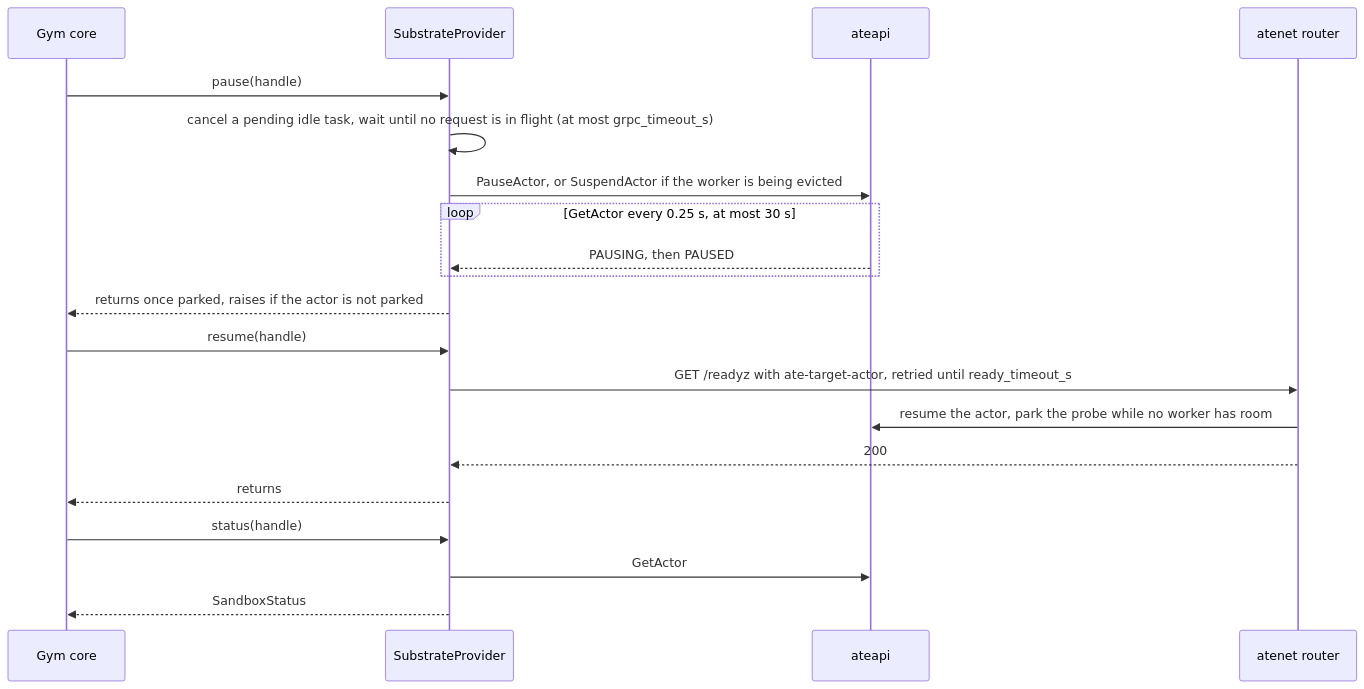
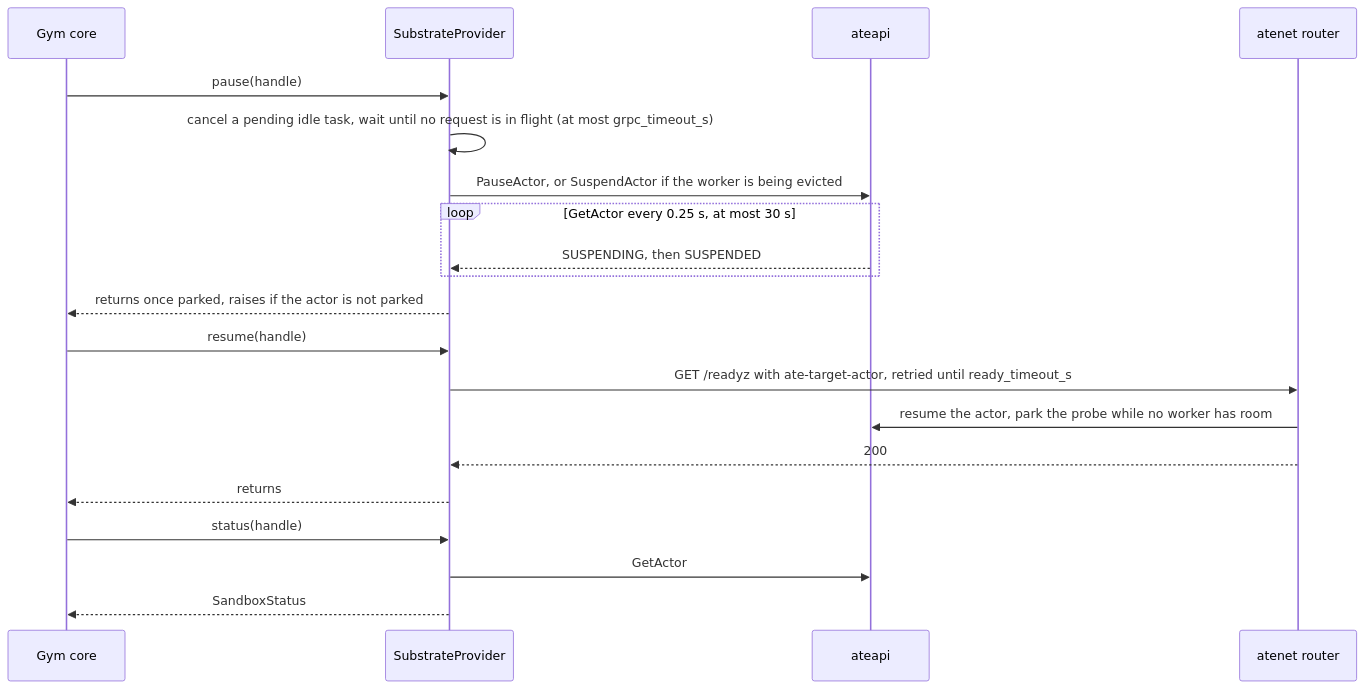
One commit to dims/gym-substrate changed the seventh of 8 diagrams in docs/architecture.md. Above: the diagram before and after it, drawn with Mermaid. The commit also changed other lines of this file and 12 other files, not shown here.

````diff
--- a/docs/architecture.md
+++ b/docs/architecture.md
@@ -287,23 +287,23 @@
 ```mermaid
 sequenceDiagram
   participant C as Gym core
   participant P as SubstrateProvider
   participant A as ateapi
   participant R as atenet router
 
   C->>P: pause(handle)
   P->>P: cancel a pending idle task, wait until no request is in flight (at most grpc_timeout_s)
   P->>A: PauseActor, or SuspendActor if the worker is being evicted
   loop GetActor every 0.25 s, at most 30 s
-    A-->>P: PAUSING, then PAUSED
+    A-->>P: SUSPENDING, then SUSPENDED
   end
   P-->>C: returns once parked, raises if the actor is not parked
   C->>P: resume(handle)
   P->>R: GET /readyz with ate-target-actor, retried until ready_timeout_s
   R->>A: resume the actor, park the probe while no worker has room
   R-->>P: 200
   P-->>C: returns
   C->>P: status(handle)
   P->>A: GetActor
   P-->>C: SandboxStatus
 ```
````
